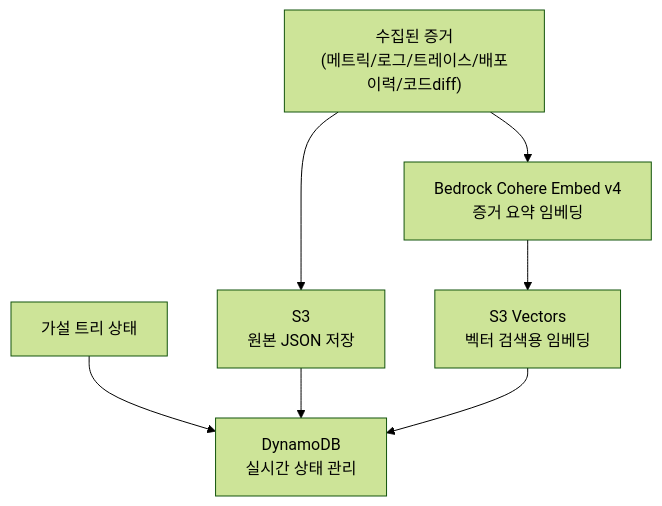
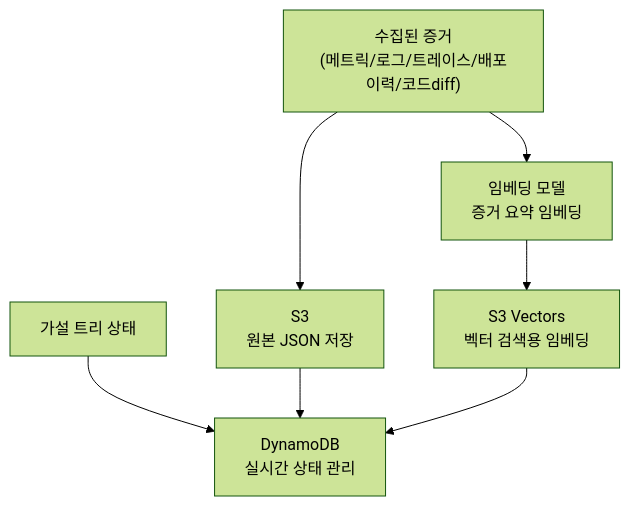
One commit to haandol/rca-agent changed the diagram in docs/adr/infra/0002-evidence-storage.md. Above: the diagram before and after it, drawn with Mermaid (forest theme). The commit also changed other lines of this file and 27 other files, not shown here.

````diff
--- a/docs/adr/infra/0002-evidence-storage.md
+++ b/docs/adr/infra/0002-evidence-storage.md
@@ -26,9 +27,9 @@
 ```mermaid
 flowchart TD
     Evidence["수집된 증거\n(메트릭/로그/트레이스/배포이력/코드diff)"] --> S3["S3\n원본 JSON 저장"]
-    Evidence --> Embed["Bedrock Cohere Embed v4\n증거 요약 임베딩"]
+    Evidence --> Embed["임베딩 모델\n증거 요약 임베딩"]
     Embed --> SV["S3 Vectors\n벡터 검색용 임베딩"]
     HypTree["가설 트리 상태"] --> DDB["DynamoDB\n실시간 상태 관리"]
     S3 --> DDB
     SV --> DDB
 ```
````
